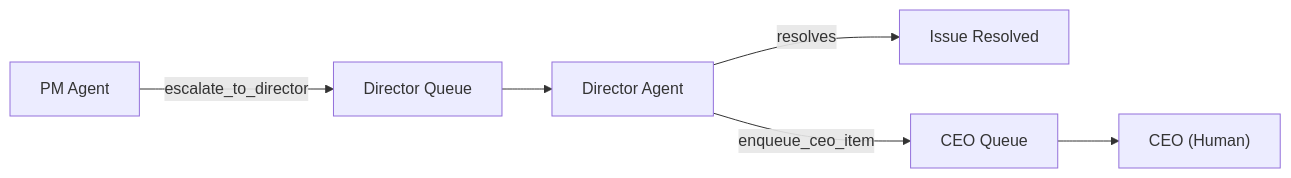
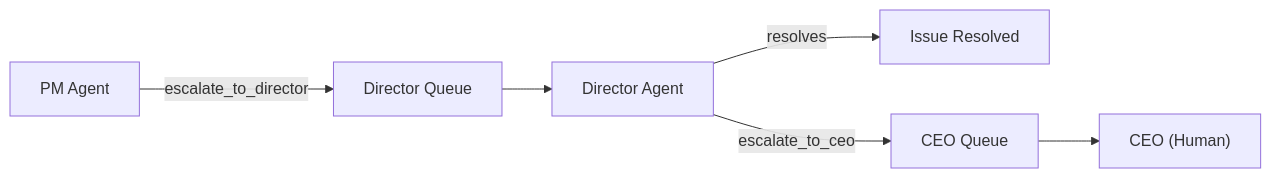
The fourth of 5 diagrams in .dev/build-phase/phase-4/model.md (BechtelR/AutoBuilder), drawn with Mermaid before and after one commit. The commit also changed other lines of this file and 6 other files, not shown here.

Commit message:
docs: Phase 4 architecture rework; language

````diff
--- a/.dev/build-phase/phase-4/model.md
+++ b/.dev/build-phase/phase-4/model.md
@@ -478,8 +477,8 @@
 ```mermaid
 flowchart LR
     PM["PM Agent"] -->|escalate_to_director| DQ["Director Queue"]
     DQ --> DIR["Director Agent"]
     DIR -->|resolves| DONE["Issue Resolved"]
-    DIR -->|enqueue_ceo_item| CQ["CEO Queue"]
+    DIR -->|escalate_to_ceo| CQ["CEO Queue"]
     CQ --> CEO["CEO (Human)"]
 ```
````
